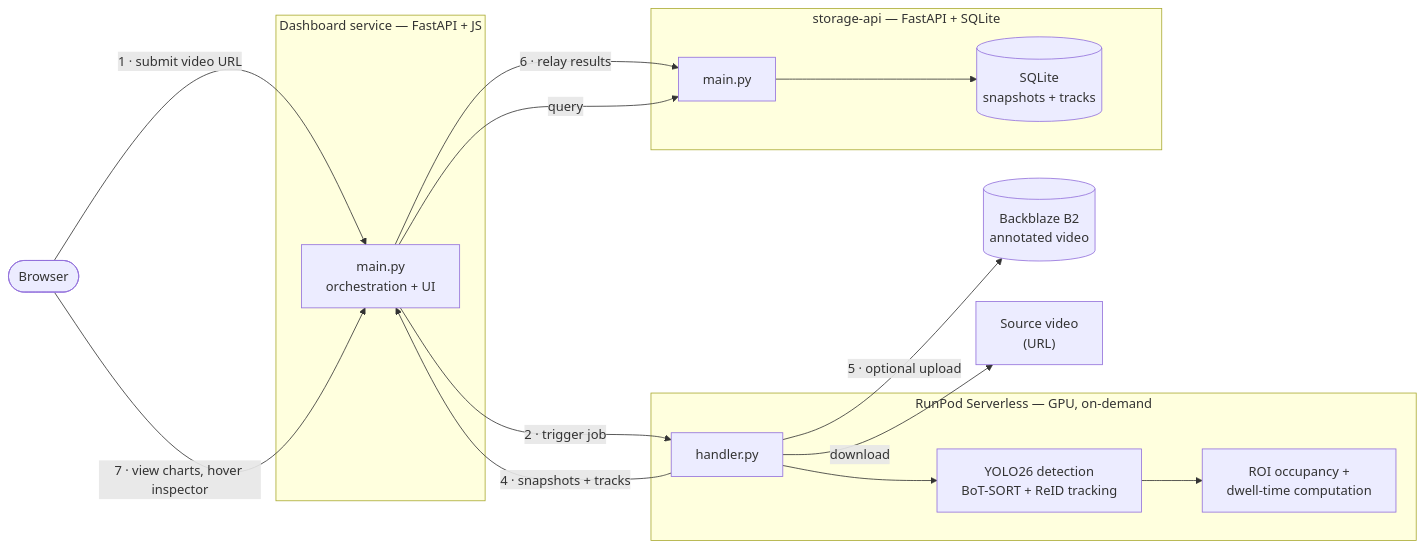
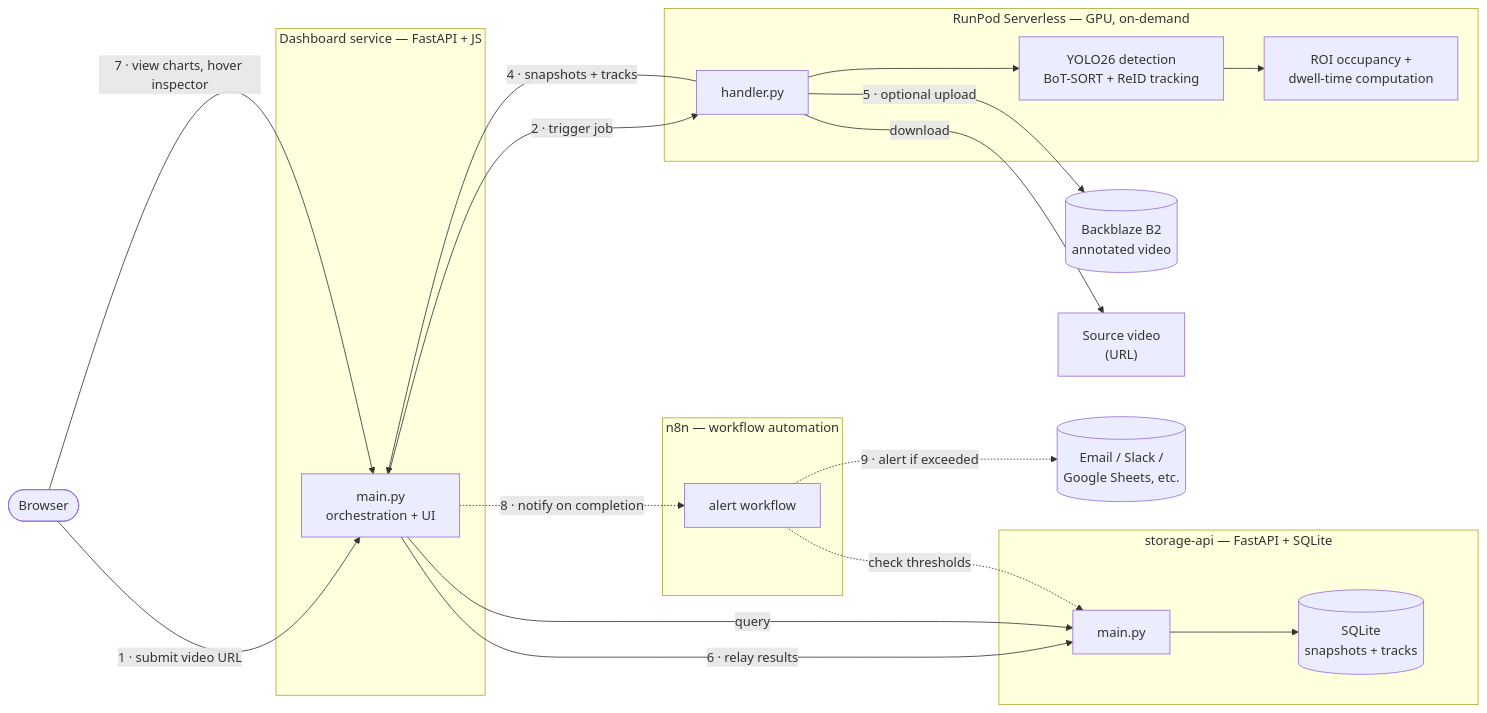
Before and after one commit to alireza-keivan/queue-analysis: the diagram in README.md, drawn with Mermaid. The commit also changed other lines of this file and 2 other files, not shown here.

````diff
--- a/README.md
+++ b/README.md
@@ -26,29 +28,37 @@
 ```mermaid
 flowchart LR
     U(["Browser"])
 
     subgraph DASH["Dashboard service — FastAPI + JS"]
         D["main.py<br/>orchestration + UI"]
     end
 
     subgraph RP["RunPod Serverless — GPU, on-demand"]
         H["handler.py"] --> YOLO["YOLO26 detection<br/>BoT-SORT + ReID tracking"]
         YOLO --> ROI["ROI occupancy +<br/>dwell-time computation"]
     end
 
     subgraph ST["storage-api — FastAPI + SQLite"]
         S["main.py"] --> DB[("SQLite<br/>snapshots + tracks")]
     end
 
+    subgraph N8N["n8n — workflow automation"]
+        N["alert workflow"]
+    end
+
     B[("Backblaze B2<br/>annotated video")]
     SRC["Source video<br/>(URL)"]
+    MAIL[("Email / Slack /<br/>Google Sheets, etc.")]
 
     U -->|"1 · submit video URL"| D
     D -->|"2 · trigger job"| H
     H -->|"download"| SRC
     H -->|"5 · optional upload"| B
     H -->|"4 · snapshots + tracks"| D
     D -->|"6 · relay results"| S
     U -->|"7 · view charts, hover inspector"| D
     D -->|"query"| S
+    D -.->|"8 · notify on completion"| N
+    N -.->|"check thresholds"| S
+    N -.->|"9 · alert if exceeded"| MAIL
 ```
````
